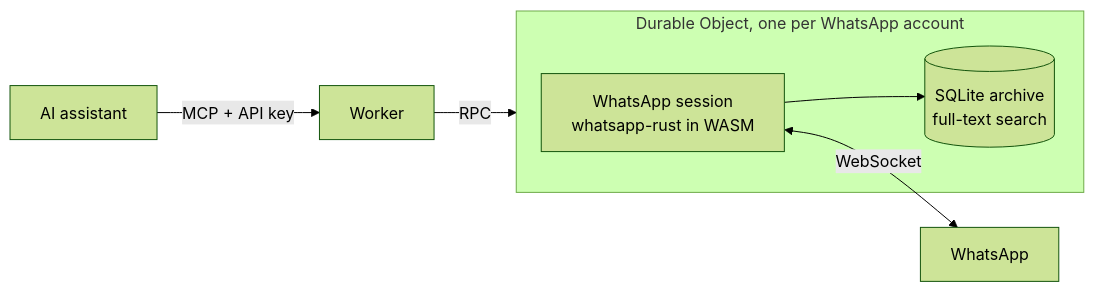
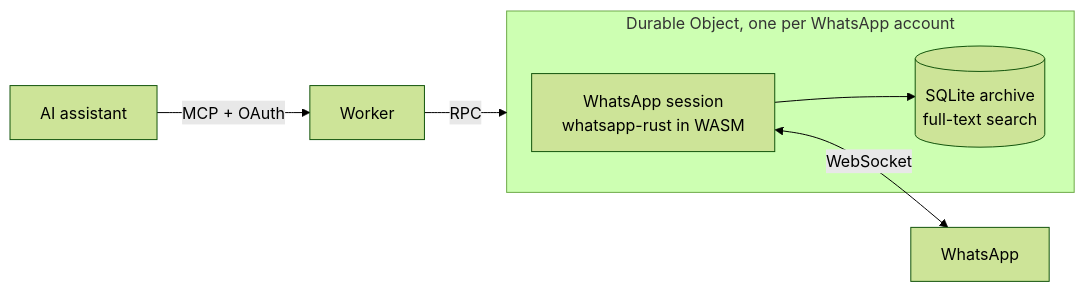
Before and after one commit to felipeadeildo/whatsapp-mcp: the diagram in README.md, drawn with Mermaid (forest theme). The commit also changed other lines of this file and 2 other files, not shown here.

Commit message:
docs: explain OAuth and AUTH_MODE and refresh the screenshots with rounded corners

````diff
--- a/README.md
+++ b/README.md
@@ -92,11 +96,11 @@
 ```mermaid
 flowchart LR
-  agent["AI assistant"] -- "MCP + API key" --> worker["Worker"]
+  agent["AI assistant"] -- "MCP + OAuth" --> worker["Worker"]
   worker -- "RPC" --> account
   subgraph account["Durable Object, one per WhatsApp account"]
     socket["WhatsApp session<br/>whatsapp-rust in WASM"]
     archive[("SQLite archive<br/>full-text search")]
     socket --> archive
   end
   socket <-- "WebSocket" --> whatsapp["WhatsApp"]
 ```
````
